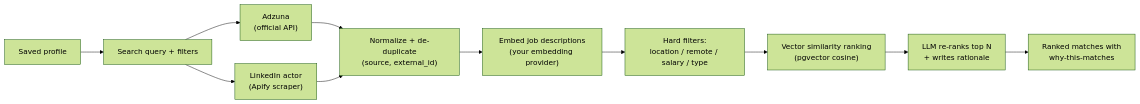
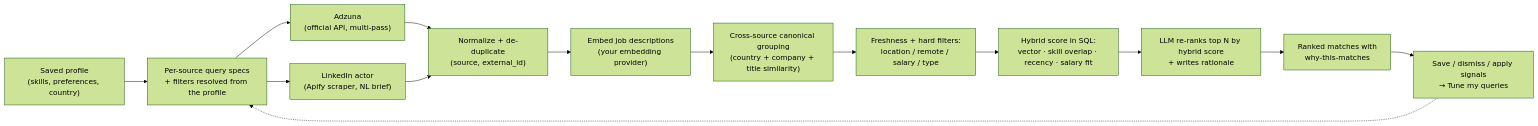
One commit to MSVhora/ai_job_assistant changed the diagram in docs/guide/03-job-discovery-and-matching.md. Above: the diagram before and after it, drawn with Mermaid (forest theme). The commit also changed other lines of this file and 9 other files, not shown here.

First line of the commit message:
docs: bring architecture, guides and README up to date with v4

````diff
--- a/docs/guide/03-job-discovery-and-matching.md
+++ b/docs/guide/03-job-discovery-and-matching.md
@@ -91,13 +90,16 @@
 ```mermaid
 flowchart LR
-    P["Saved profile"] --> Q["Search query + filters"]
-    Q --> C1["Adzuna<br/>(official API)"]
-    Q --> C2["LinkedIn actor<br/>(Apify scraper)"]
+    P["Saved profile<br/>(skills, preferences, country)"] --> Q["Per-source query specs<br/>+ filters resolved from the profile"]
+    Q --> C1["Adzuna<br/>(official API, multi-pass)"]
+    Q --> C2["LinkedIn actor<br/>(Apify scraper, NL brief)"]
     C1 --> N["Normalize + de-duplicate<br/>(source, external_id)"]
     C2 --> N
     N --> E["Embed job descriptions<br/>(your embedding provider)"]
-    E --> F["Hard filters:<br/>location / remote / salary / type"]
-    F --> V["Vector similarity ranking<br/>(pgvector cosine)"]
-    V --> R["LLM re-ranks top N<br/>+ writes rationale"]
+    E --> X["Cross-source canonical grouping<br/>(country + company + title similarity)"]
+    X --> F["Freshness + hard filters:<br/>location / remote / salary / type"]
+    F --> H["Hybrid score in SQL:<br/>vector · skill overlap · recency · salary fit"]
+    H --> R["LLM re-ranks top N by hybrid score<br/>+ writes rationale"]
     R --> M["Ranked matches with<br/>why-this-matches"]
+    M --> S["Save / dismiss / apply signals<br/>→ Tune my queries"]
+    S -.-> Q
 ```
````
